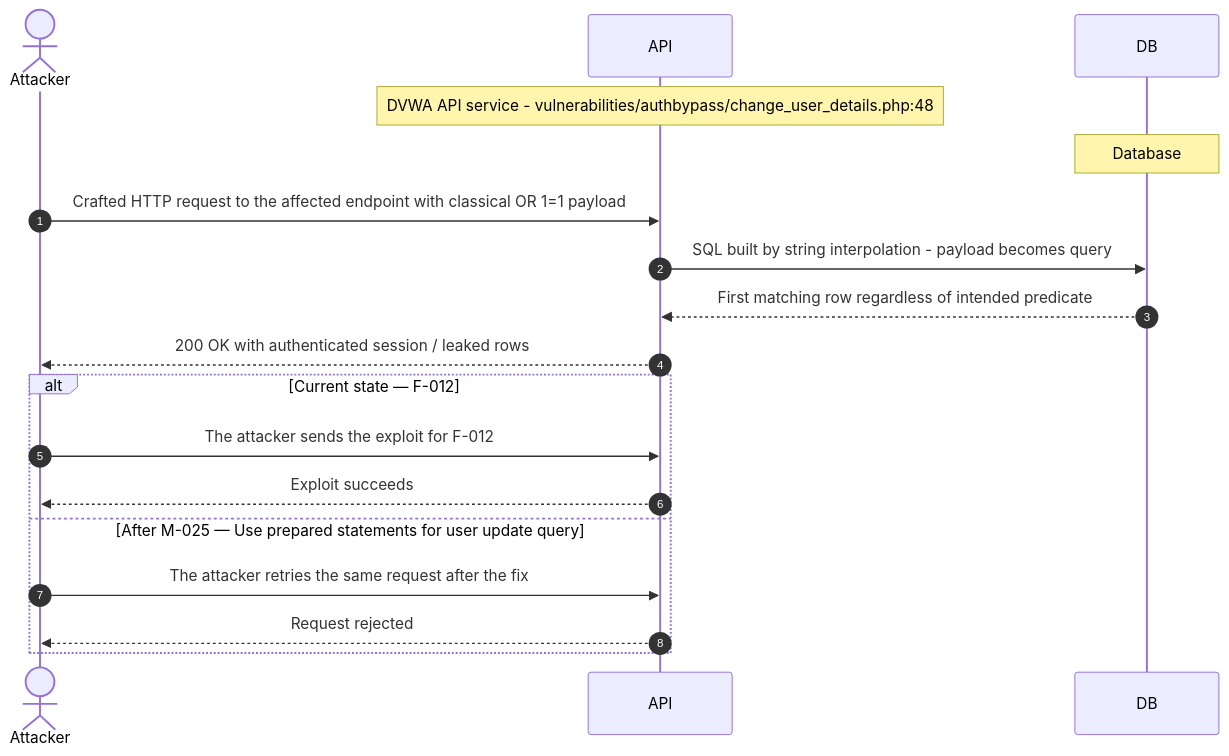
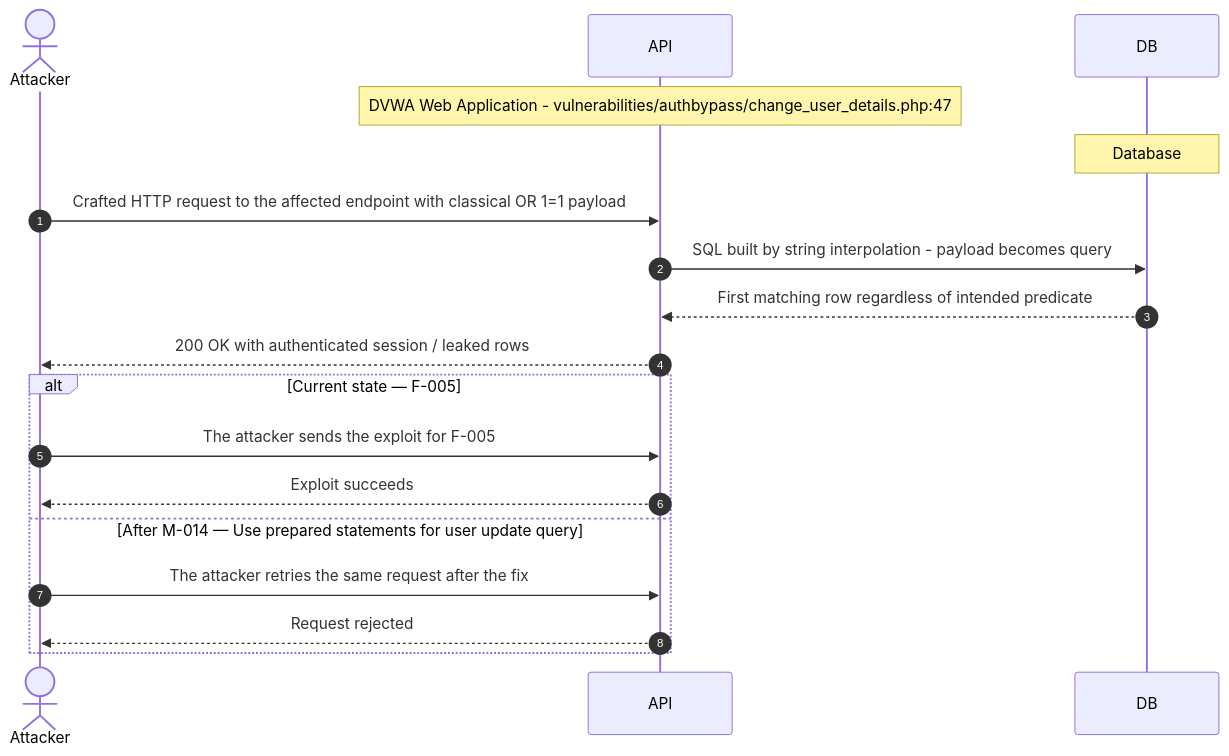
The fifth of 15 diagrams in dvwa/security-assessment-dvwa-thorough-0.1.0.md (appsec-foundry/appsec-analyzer-examples), drawn with Mermaid before and after one commit. The commit also changed other lines of this file and 7 other files, not shown here.

````diff
--- a/dvwa/security-assessment-dvwa-thorough-0.1.0.md
+++ b/dvwa/security-assessment-dvwa-thorough-0.1.0.md
@@ -439,20 +447,20 @@
 ```mermaid
 sequenceDiagram
     autonumber
     actor Attacker
     participant API
     participant DB
-    Note over API: DVWA API service - vulnerabilities/authbypass/change_user_details.php:48
+    Note over API: DVWA Web Application - vulnerabilities/authbypass/change_user_details.php:47
     Note over DB: Database
     Attacker->>API: Crafted HTTP request to the affected endpoint with classical OR 1=1 payload
     API->>DB: SQL built by string interpolation - payload becomes query
     DB-->>API: First matching row regardless of intended predicate
     API-->>Attacker: 200 OK with authenticated session / leaked rows
-    alt Current state — F-012
-        Attacker->>API: The attacker sends the exploit for F-012
+    alt Current state — F-005
+        Attacker->>API: The attacker sends the exploit for F-005
         API-->>Attacker: Exploit succeeds
-    else After M-025 — Use prepared statements for user update query
+    else After M-014 — Use prepared statements for user update query
         Attacker->>API: The attacker retries the same request after the fix
         API-->>Attacker: Request rejected
     end
 ```
````
